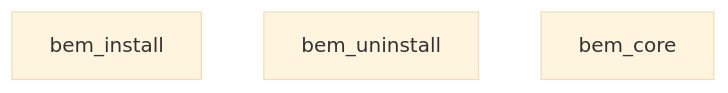
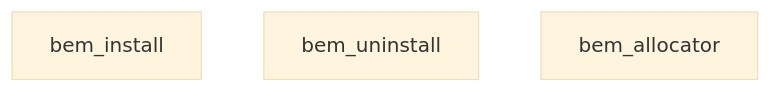
Before and after one commit to intsuc/bem: the diagram in README.md, drawn with Mermaid (base theme).

Commit message:
Rename `bem_core` to `bem_allocator`

````diff
--- a/README.md
+++ b/README.md
@@ -7,6 +7,6 @@
 ```mermaid
 flowchart TD
   bem_install
   bem_uninstall
-  bem_core
+  bem_allocator
 ```
````
